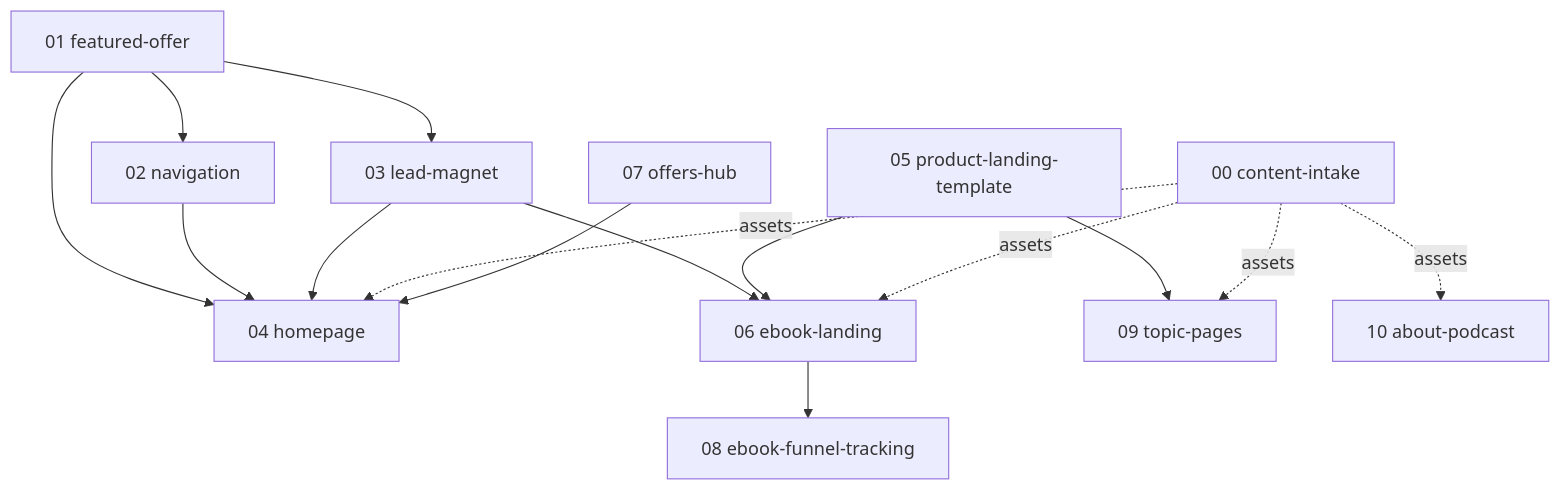
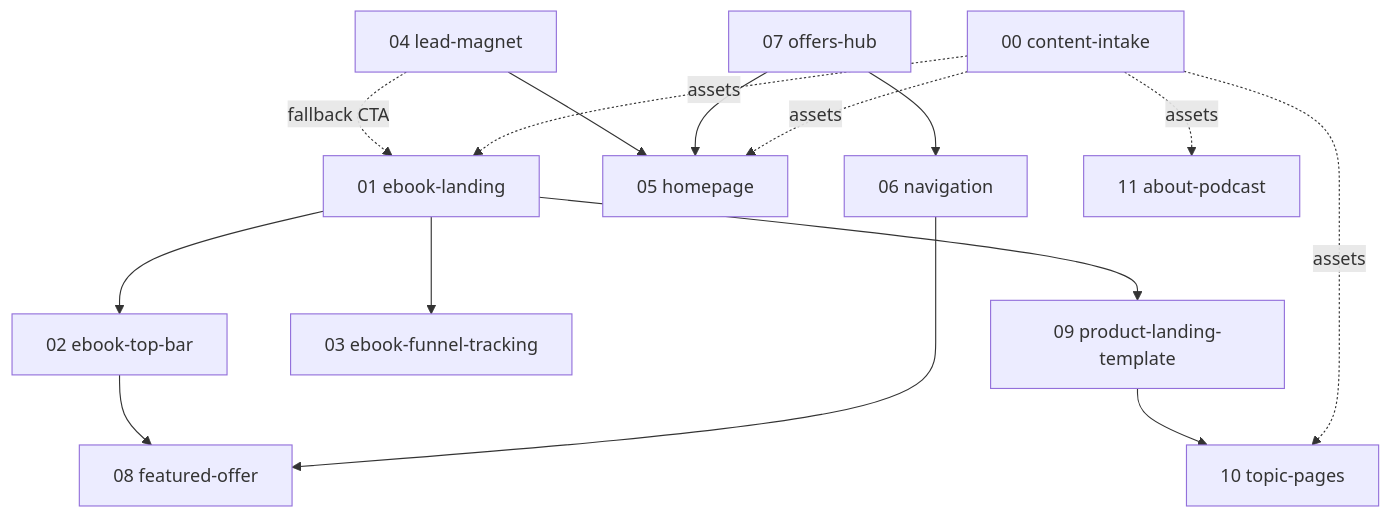
The diagram in .aiwork/2026-10-20_web-redesign/areas.md (lttr/jedlik-nejedlik), drawn with Mermaid before and after one commit. The commit also changed other lines of this file and 5 other files, not shown here.

````diff
--- a/.aiwork/2026-10-20_web-redesign/areas.md
+++ b/.aiwork/2026-10-20_web-redesign/areas.md
@@ -9,22 +22,25 @@
 ```mermaid
 graph TD
     A0[00 content-intake]
-    A1[01 featured-offer]
-    A2[02 navigation]
-    A3[03 lead-magnet]
-    A4[04 homepage]
-    A5[05 product-landing-template]
-    A6[06 ebook-landing]
+    A1[01 ebook-landing]
+    A2[02 ebook-top-bar]
+    A3[03 ebook-funnel-tracking]
+    A4[04 lead-magnet]
+    A5[05 homepage]
+    A6[06 navigation]
     A7[07 offers-hub]
-    A8[08 ebook-funnel-tracking]
-    A9[09 topic-pages]
-    A10[10 about-podcast]
+    A8[08 featured-offer]
+    A9[09 product-landing-template]
+    A10[10 topic-pages]
+    A11[11 about-podcast]
 
-    A1 --> A2 & A3 & A4
-    A2 --> A4
-    A3 --> A4 & A6
-    A5 --> A6 & A9
-    A0 -.->|assets| A4 & A6 & A9 & A10
+    A1 --> A2 & A3
+    A4 -.->|fallback CTA| A1
+    A4 --> A5
+    A7 --> A5 & A6
+    A2 --> A8
     A6 --> A8
-    A7 --> A4
+    A1 --> A9
+    A9 --> A10
+    A0 -.->|assets| A1 & A5 & A10 & A11
 ```
````
